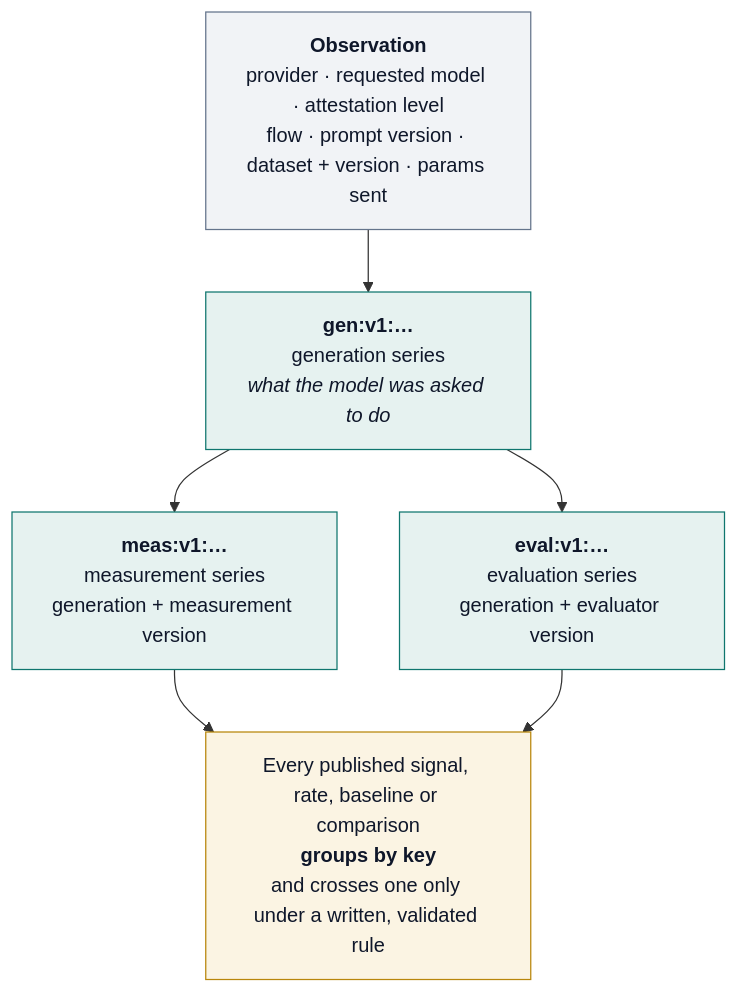
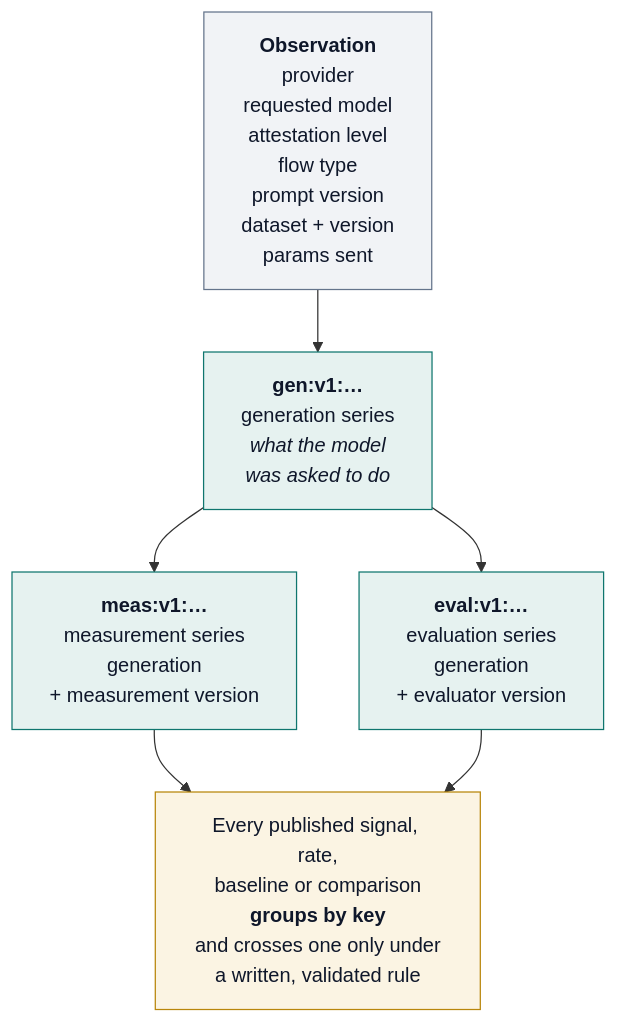
Before and after one commit to neomundi-io/neomundi-station-public: the third of 3 diagrams in ARCHITECTURE.md, drawn with Mermaid.

Commit message:
docs(architecture): break the comparability-key labels where they mean something
The renderer was wrapping long label lines mid-phrase. Each line is now a
field or a clause, so the boxes read as what they are. No content change.

````diff
--- a/ARCHITECTURE.md
+++ b/ARCHITECTURE.md
@@ -443,25 +443,25 @@
 ```mermaid
 flowchart TB
-  OBS["<b>Observation</b><br/>provider · requested model · attestation level<br/>flow · prompt version · dataset + version · params sent"]
+  OBS["<b>Observation</b><br/>provider<br/>requested model<br/>attestation level<br/>flow type<br/>prompt version<br/>dataset + version<br/>params sent"]
 
-  GEN["<b>gen:v1:…</b><br/>generation series<br/><i>what the model was asked to do</i>"]
+  GEN["<b>gen:v1:…</b><br/>generation series<br/><i>what the model</i><br/><i>was asked to do</i>"]
 
-  MEAS["<b>meas:v1:…</b><br/>measurement series<br/>generation + measurement version"]
-  EVAL["<b>eval:v1:…</b><br/>evaluation series<br/>generation + evaluator version"]
+  MEAS["<b>meas:v1:…</b><br/>measurement series<br/>generation<br/>+ measurement version"]
+  EVAL["<b>eval:v1:…</b><br/>evaluation series<br/>generation<br/>+ evaluator version"]
 
-  OUT["Every published signal, rate, baseline or comparison<br/><b>groups by key</b><br/>and crosses one only under a written, validated rule"]
+  OUT["Every published signal, rate,<br/>baseline or comparison<br/><b>groups by key</b><br/>and crosses one only under<br/>a written, validated rule"]
 
   OBS --> GEN
   GEN --> MEAS
   GEN --> EVAL
   MEAS --> OUT
   EVAL --> OUT
 
   classDef source fill:#f1f3f6,stroke:#64748b,stroke-width:1px,color:#0f172a
   classDef key fill:#e6f2f0,stroke:#0f766e,stroke-width:1px,color:#0f172a
   classDef rule fill:#fbf4e3,stroke:#b8860b,stroke-width:1px,color:#0f172a
 
   class OBS source
   class GEN,MEAS,EVAL key
   class OUT rule
 ```
````
